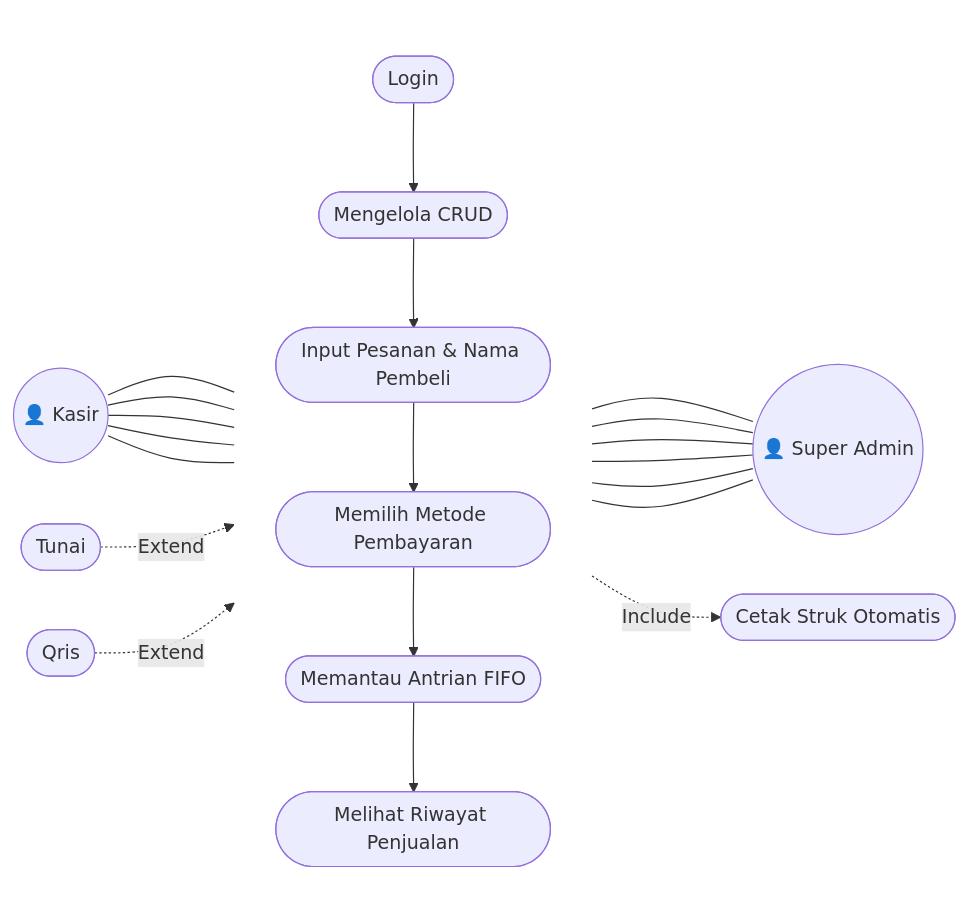
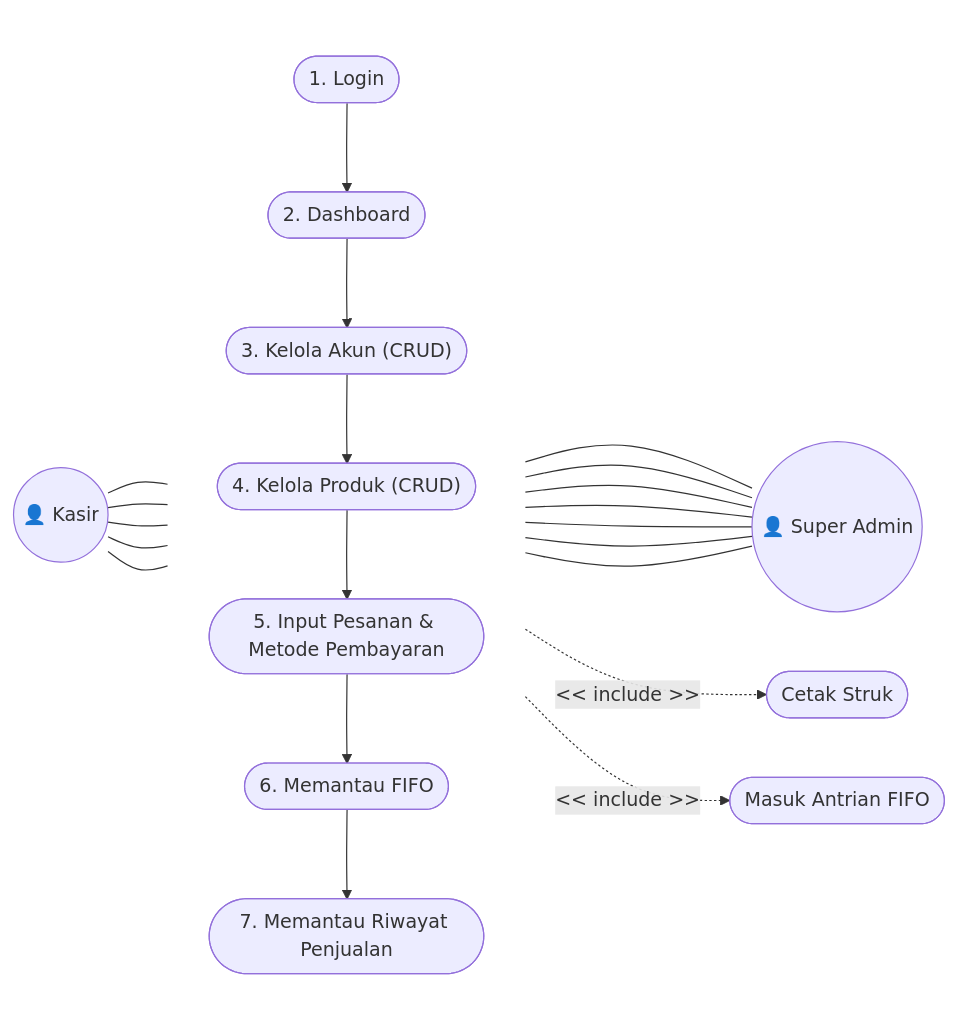
The diagram in usecase.md (umarfa11/Tugas-Proyek), drawn with Mermaid before and after one commit. The commit also changed other lines of this file and 8 other files, not shown here.

````diff
--- a/usecase.md
+++ b/usecase.md
@@ -5,51 +5,52 @@
 ```mermaid
 flowchart LR
     %% Definisi Aktor
     Kasir(("👤 Kasir"))
     SuperAdmin(("👤 Super Admin"))
 
-    %% Grup Use Case utama yang berjejer vertikal
+    %% Grup Use Case utama yang berjejer vertikal sesuai urutan
     subgraph Sistem [ ]
         direction TB
         style Sistem fill:none,stroke:none
         
-        Login(["Login"])
-        CRUD(["Mengelola CRUD"])
-        Input(["Input Pesanan & Nama Pembeli"])
-        Bayar(["Memilih Metode Pembayaran"])
-        FIFO(["Memantau Antrian FIFO"])
-        Riwayat(["Melihat Riwayat Penjualan"])
+        Login(["1. Login"])
+        Dashboard(["2. Dashboard"])
+        KelolaAkun(["3. Kelola Akun (CRUD)"])
+        KelolaProduk(["4. Kelola Produk (CRUD)"])
+        InputPesanan(["5. Input Pesanan & Metode Pembayaran"])
+        PantauFIFO(["6. Memantau FIFO"])
+        Riwayat(["7. Memantau Riwayat Penjualan"])
         
-        %% Panah vertikal di bagian tengah diagram
-        Login --> CRUD
-        CRUD --> Input
-        Input --> Bayar
-        Bayar --> FIFO
-        FIFO --> Riwayat
+        %% Panah vertikal di bagian tengah diagram menunjukkan urutan
+        Login --> Dashboard
+        Dashboard --> KelolaAkun
+        KelolaAkun --> KelolaProduk
+        KelolaProduk --> InputPesanan
+        InputPesanan --> PantauFIFO
+        PantauFIFO --> Riwayat
     end
 
-    %% Use Cases untuk Extend dan Include
-    Tunai(["Tunai"])
-    Qris(["Qris"])
-    Struk(["Cetak Struk Otomatis"])
+    %% Use Cases untuk Include
+    CetakStruk(["Cetak Struk"])
+    AntrianFIFO(["Masuk Antrian FIFO"])
 
     %% Garis relasi antara Kasir dengan Use Cases
     Kasir --- Login
-    Kasir --- CRUD
-    Kasir --- Input
-    Kasir --- Bayar
+    Kasir --- Dashboard
+    Kasir --- InputPesanan
+    Kasir --- PantauFIFO
     Kasir --- Riwayat
 
     %% Garis relasi antara Super Admin dengan Use Cases
     Login --- SuperAdmin
-    CRUD --- SuperAdmin
-    Input --- SuperAdmin
-    Bayar --- SuperAdmin
-    FIFO --- SuperAdmin
+    Dashboard --- SuperAdmin
+    KelolaAkun --- SuperAdmin
+    KelolaProduk --- SuperAdmin
+    InputPesanan --- SuperAdmin
+    PantauFIFO --- SuperAdmin
     Riwayat --- SuperAdmin
 
-    %% Garis relasi Extend & Include
-    Tunai -. "Extend" .-> Bayar
-    Qris -. "Extend" .-> Bayar
-    Bayar -. "Include" .-> Struk
+    %% Garis relasi Include
+    InputPesanan -. "<< include >>" .-> CetakStruk
+    InputPesanan -. "<< include >>" .-> AntrianFIFO
 ```
````
